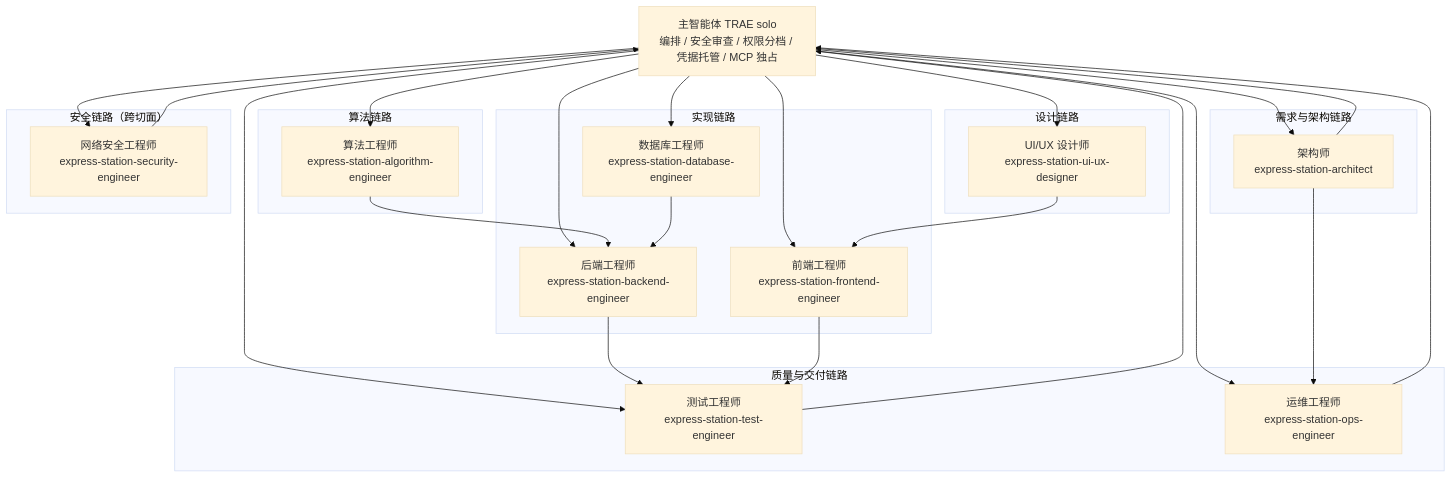
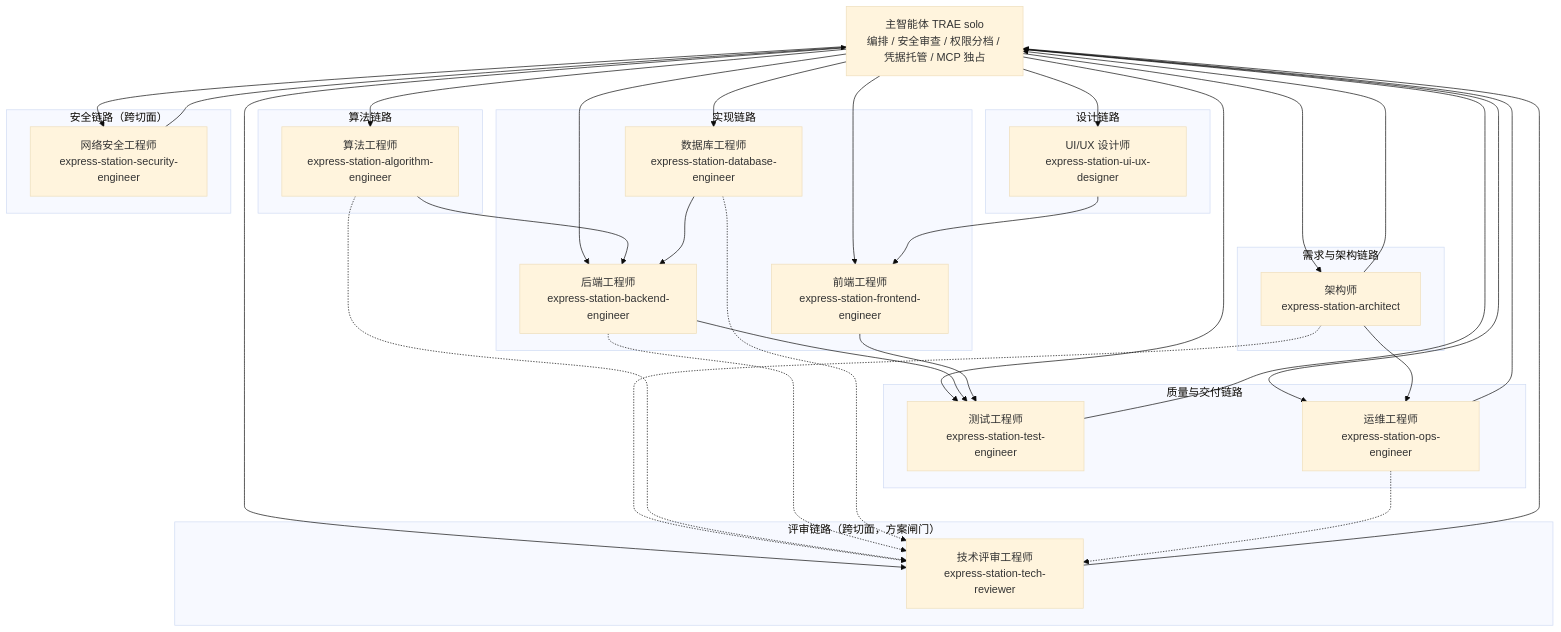
The diagram in hrm-dev/docs/agent-team-design.md (jyb4-3514/kdyzgl-base), drawn with Mermaid (base theme) before and after one commit. The commit also changed other lines of this file and 5 other files, not shown here.

````diff
--- a/hrm-dev/docs/agent-team-design.md
+++ b/hrm-dev/docs/agent-team-design.md
@@ -82,44 +84,54 @@
 ```mermaid
 graph TD
   MA["主智能体 TRAE solo<br/>编排 / 安全审查 / 权限分档 / 凭据托管 / MCP 独占"]
   subgraph L1["需求与架构链路"]
     AR["架构师<br/>express-station-architect"]
   end
   subgraph L2["设计链路"]
     UX["UI/UX 设计师<br/>express-station-ui-ux-designer"]
   end
   subgraph L3["算法链路"]
     AL["算法工程师<br/>express-station-algorithm-engineer"]
   end
   subgraph L4["实现链路"]
     BE["后端工程师<br/>express-station-backend-engineer"]
     FE["前端工程师<br/>express-station-frontend-engineer"]
     DB["数据库工程师<br/>express-station-database-engineer"]
   end
   subgraph L5["质量与交付链路"]
     QA["测试工程师<br/>express-station-test-engineer"]
     OPS["运维工程师<br/>express-station-ops-engineer"]
   end
   subgraph L6["安全链路（跨切面）"]
     SEC["网络安全工程师<br/>express-station-security-engineer"]
   end
+  subgraph L7["评审链路（跨切面，方案闸门）"]
+    TR["技术评审工程师<br/>express-station-tech-reviewer"]
+  end
   MA --> AR
   MA --> UX
   MA --> AL
   MA --> BE
   MA --> FE
   MA --> DB
   MA --> QA
   MA --> OPS
   MA --> SEC
+  MA --> TR
   AR --> MA
   UX --> FE
   AL --> BE
   DB --> BE
   BE --> QA
   FE --> QA
   AR --> OPS
   QA --> MA
   OPS --> MA
   SEC --> MA
+  TR --> MA
+  AR -.-> TR
+  AL -.-> TR
+  BE -.-> TR
+  DB -.-> TR
+  OPS -.-> TR
 ```
````
